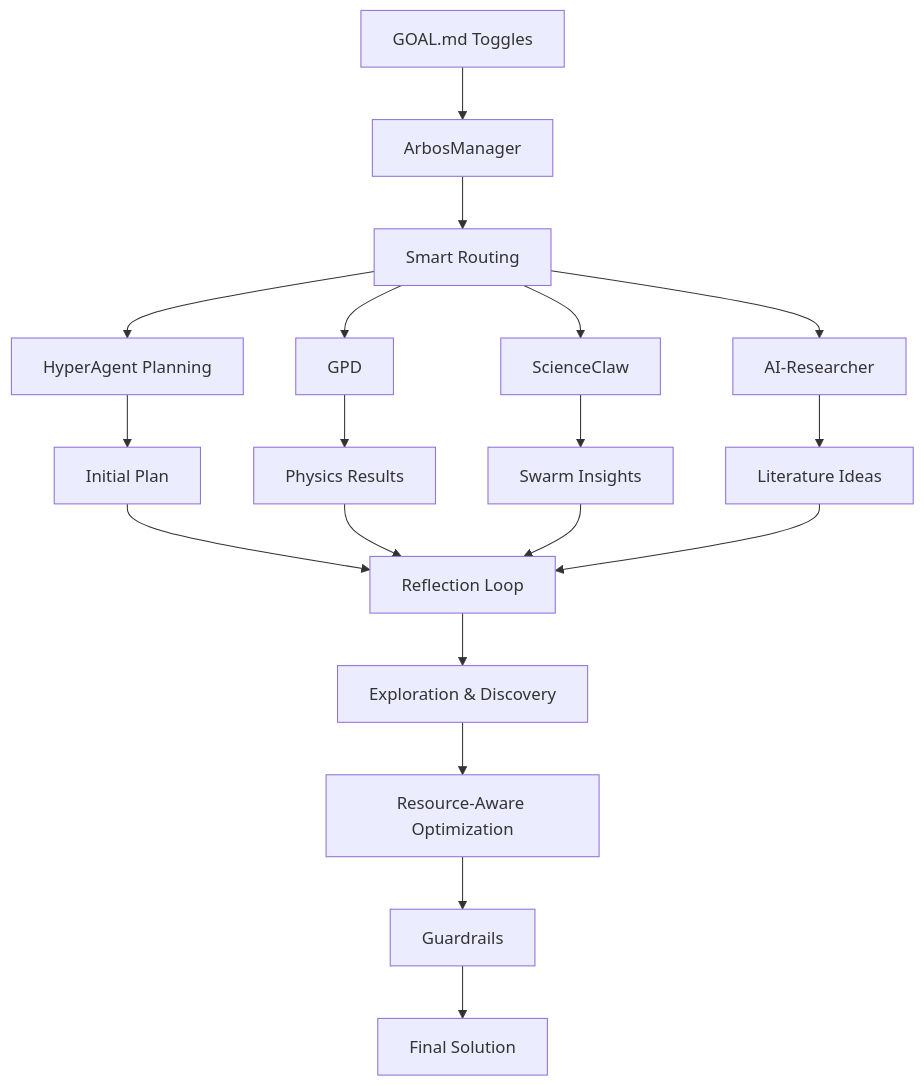
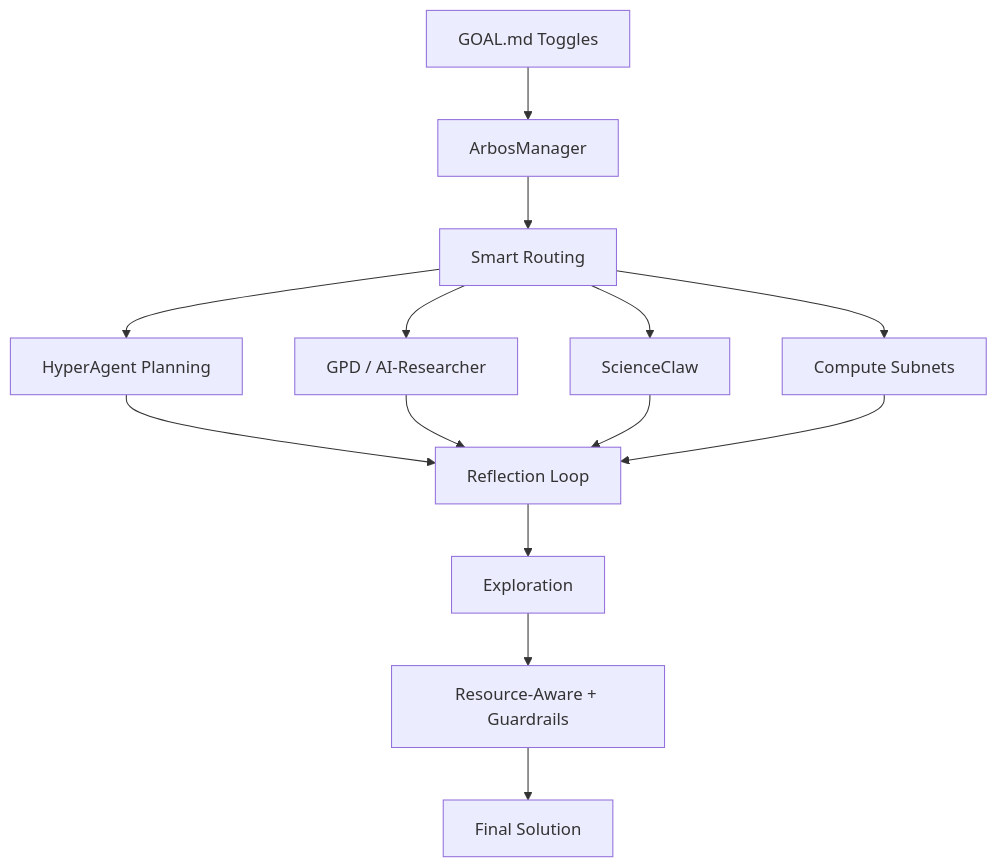
Before and after one commit to jbequ5/SAGE-Enigma-Subnet: the diagram in README.md, drawn with Mermaid. The commit also changed other lines of this file, not shown here.

````diff
--- a/README.md
+++ b/README.md
@@ -57,18 +66,13 @@
 ```mermaid
 graph TD
     A[GOAL.md Toggles] --> B[ArbosManager]
     B --> C[Smart Routing]
     C --> D[HyperAgent Planning]
-    C --> E[GPD]
+    C --> E[GPD / AI-Researcher]
     C --> F[ScienceClaw]
-    C --> G[AI-Researcher]
-    D --> H[Initial Plan]
-    E --> I[Physics Results]
-    F --> J[Swarm Insights]
-    G --> K[Literature Ideas]
-    H & I & J & K --> L[Reflection Loop]
-    L --> M[Exploration & Discovery]
-    M --> N[Resource-Aware Optimization]
-    N --> O[Guardrails]
-    O --> P[Final Solution]
+    C --> G[Compute Subnets]
+    D & E & F & G --> H[Reflection Loop]
+    H --> I[Exploration]
+    I --> J[Resource-Aware + Guardrails]
+    J --> K[Final Solution]
 ```
````
